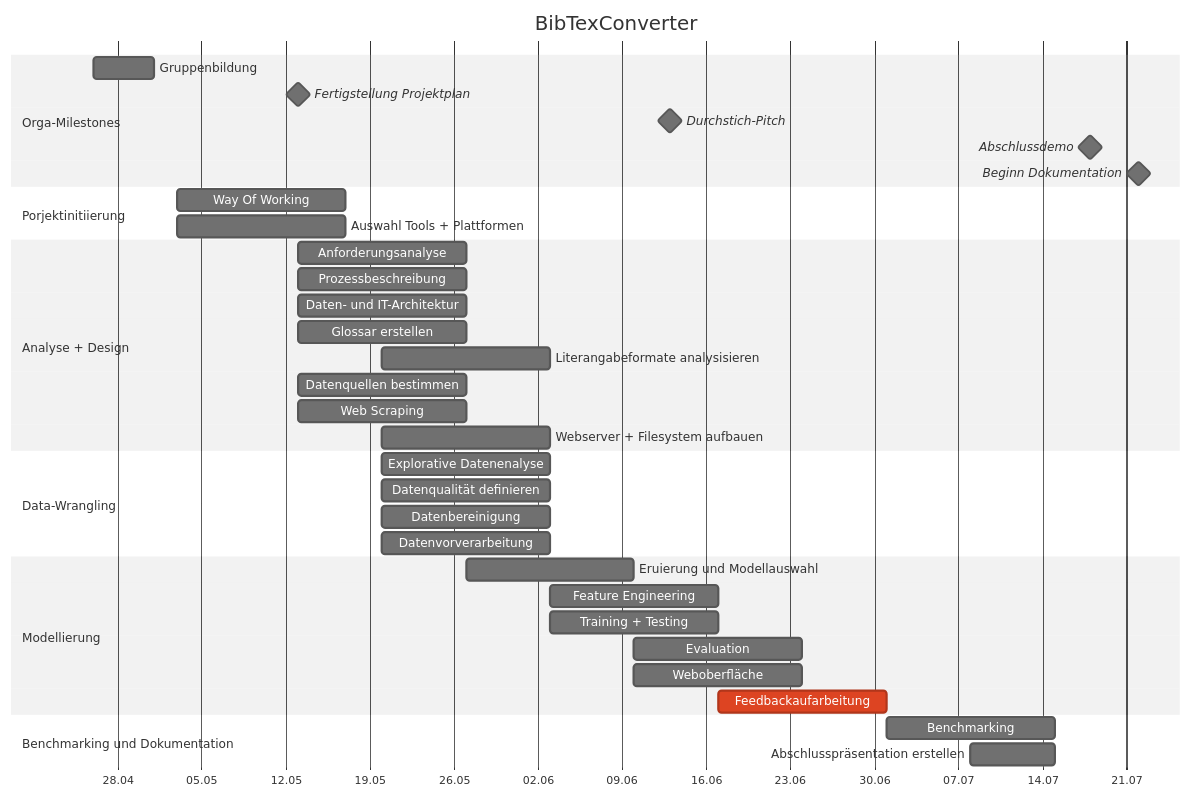
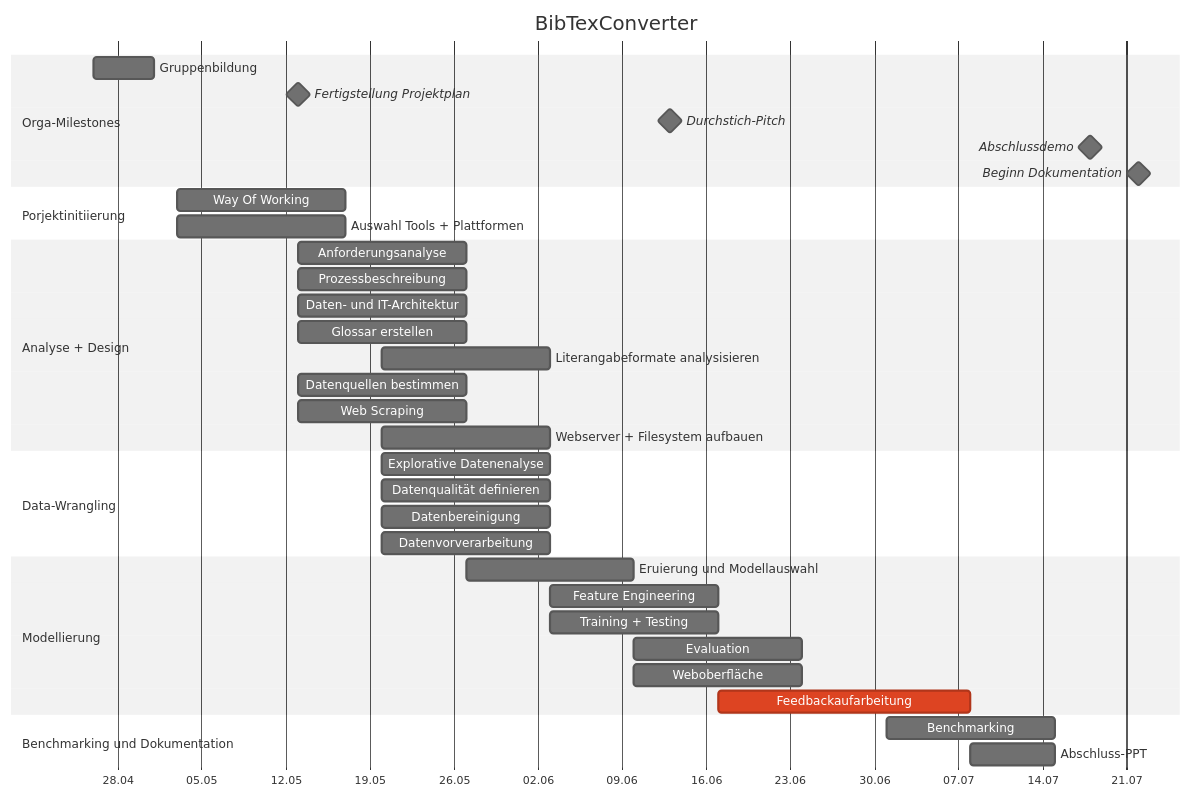
Before and after one commit to LaGit93/bibTexConverter_FaPra63065: the diagram in README.md, drawn with Mermaid (neutral theme).

```diff
--- a/README.md
+++ b/README.md
@@ -112,12 +112,12 @@
         Training + Testing : P9, 03.06.2024, 14d
         Evaluation : P9, 10.06.2024, 14d
         Weboberfläche : P9, 10.06.2024, 14d
-        Feedbackaufarbeitung : crit,P12, 17.06.2024, 14d
+        Feedbackaufarbeitung : crit,P12, 17.06.2024, 21d
         
     section Benchmarking und Dokumentation
 
         Benchmarking : P16, 01.07.2024, 14d
-        Abschlusspräsentation erstellen : P18, 08.07.2024, 7d
+        Abschluss-PPT : P18, 08.07.2024, 7d
 
 
 %%    section Lars
```
